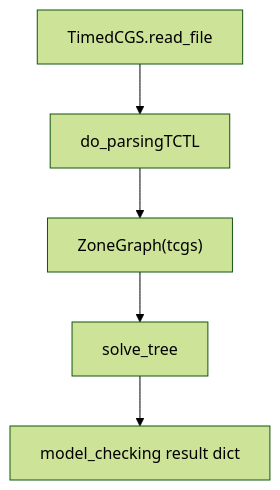
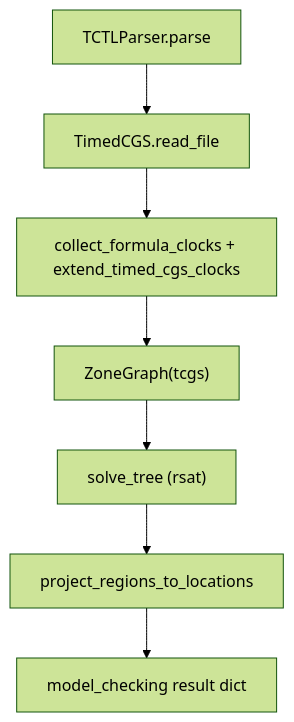
Before and after one commit to VITAMIN-organisation/vitamin-model-checker: the diagram in docs/TCTL/algorithm.md, drawn with Mermaid (forest theme). The commit also changed other lines of this file and 28 other files, not shown here.

````diff
--- a/docs/TCTL/algorithm.md
+++ b/docs/TCTL/algorithm.md
@@ -76,10 +98,12 @@
 ```mermaid
 flowchart TD
+    parse["TCTLParser.parse"]
     load["TimedCGS.read_file"]
-    parse["do_parsingTCTL"]
+    clocks["collect_formula_clocks + extend_timed_cgs_clocks"]
     zones["ZoneGraph(tcgs)"]
-    solve["solve_tree"]
+    solve["solve_tree (rsat)"]
+    project["project_regions_to_locations"]
     result["model_checking result dict"]
 
-    load --> parse --> zones --> solve --> result
+    parse --> load --> clocks --> zones --> solve --> project --> result
 ```
````
